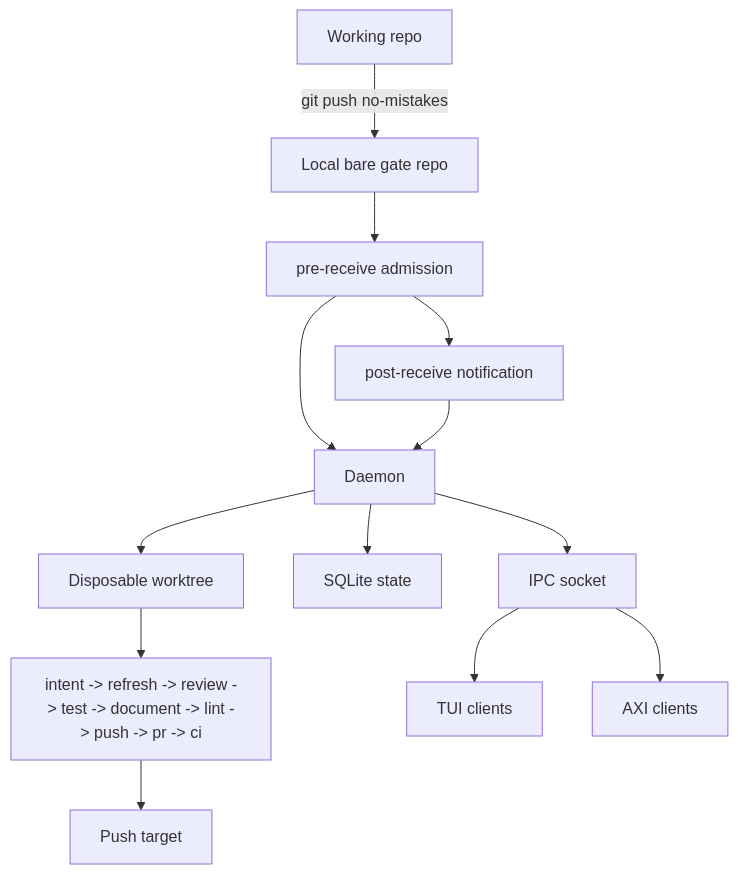
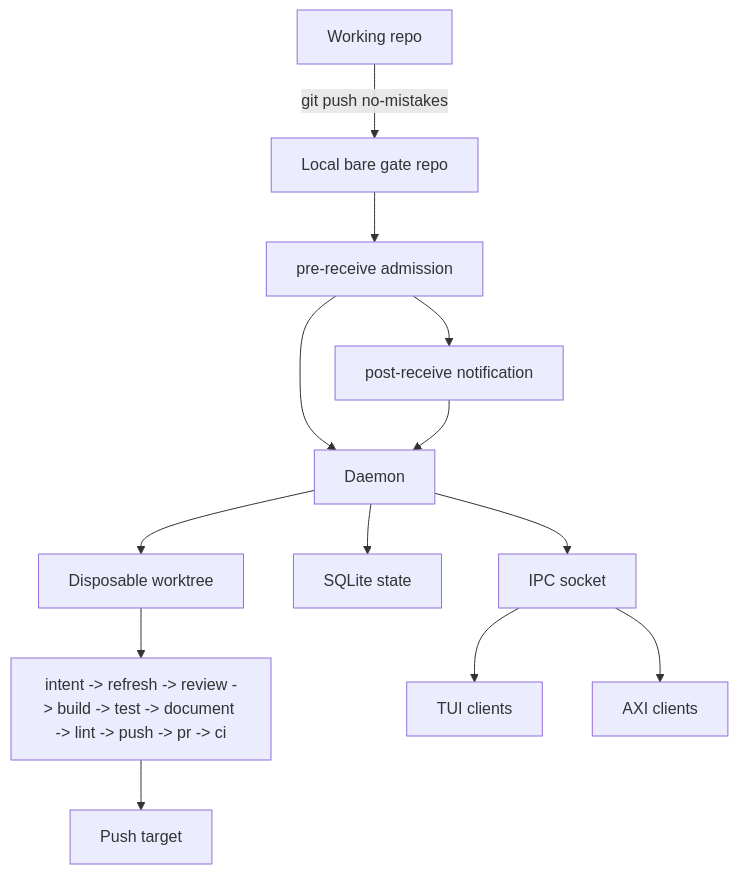
The diagram in docs/src/content/docs/concepts/gate-model.md (alvarohulse/no-mistakes), drawn with Mermaid before and after one commit. The commit also changed other lines of this file and 31 other files, not shown here.

Commit message:
docs(pipeline): document build verification stage

````diff
--- a/docs/src/content/docs/concepts/gate-model.md
+++ b/docs/src/content/docs/concepts/gate-model.md
@@ -14,28 +14,28 @@
 ```mermaid
 flowchart TD
   repo["Working repo"]
   gate["Local bare gate repo"]
   admission["pre-receive admission"]
   hook["post-receive notification"]
   daemon["Daemon"]
   worktree["Disposable worktree"]
-  pipeline["intent -> refresh -> review -> test -> document -> lint -> push -> pr -> ci"]
+  pipeline["intent -> refresh -> review -> build -> test -> document -> lint -> push -> pr -> ci"]
   target["Push target"]
   db["SQLite state"]
   ipc["IPC socket"]
   tui["TUI clients"]
   axi["AXI clients"]
 
   repo -->|"git push no-mistakes"| gate
   gate --> admission
   admission --> hook
   admission --> daemon
   hook --> daemon
   daemon --> worktree
   worktree --> pipeline
   pipeline --> target
   daemon --> db
   daemon --> ipc
   ipc --> tui
   ipc --> axi
 ```
````
